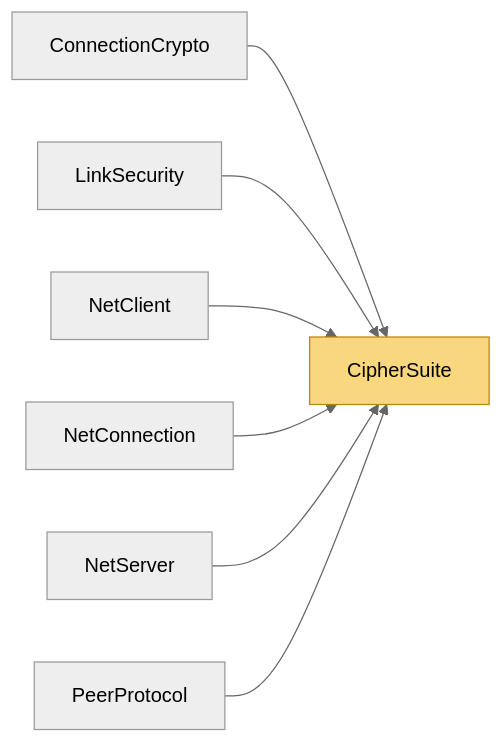
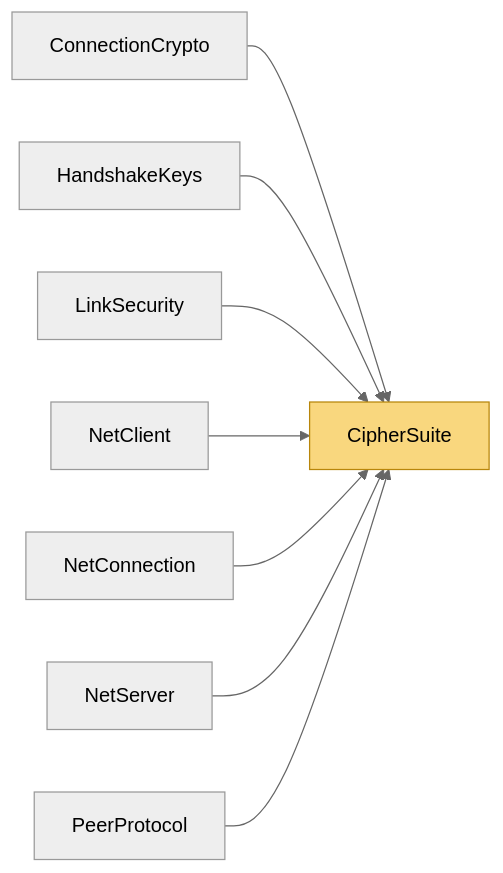
Before and after one commit to VladislavKresov/NetSync: the diagram in docs/Code/Pipeline/Security/CipherSuite.md, drawn with Mermaid (neutral theme). The commit also changed other lines of this file and 56 other files, not shown here.

Commit message:
Docs: limitations and roadmap after rc.6 work; regenerated code reference

````diff
--- a/docs/Code/Pipeline/Security/CipherSuite.md
+++ b/docs/Code/Pipeline/Security/CipherSuite.md
@@ -51,11 +51,12 @@
 ```mermaid
 flowchart LR
   m_CipherSuite["CipherSuite"]:::self
   m_ConnectionCrypto["ConnectionCrypto"] --> m_CipherSuite
+  m_HandshakeKeys["HandshakeKeys"] --> m_CipherSuite
   m_LinkSecurity["LinkSecurity"] --> m_CipherSuite
   m_NetClient["NetClient"] --> m_CipherSuite
   m_NetConnection["NetConnection"] --> m_CipherSuite
   m_NetServer["NetServer"] --> m_CipherSuite
   m_PeerProtocol["PeerProtocol"] --> m_CipherSuite
   classDef self fill:#f9d77e,stroke:#b8860b,color:#000
 ```
````
